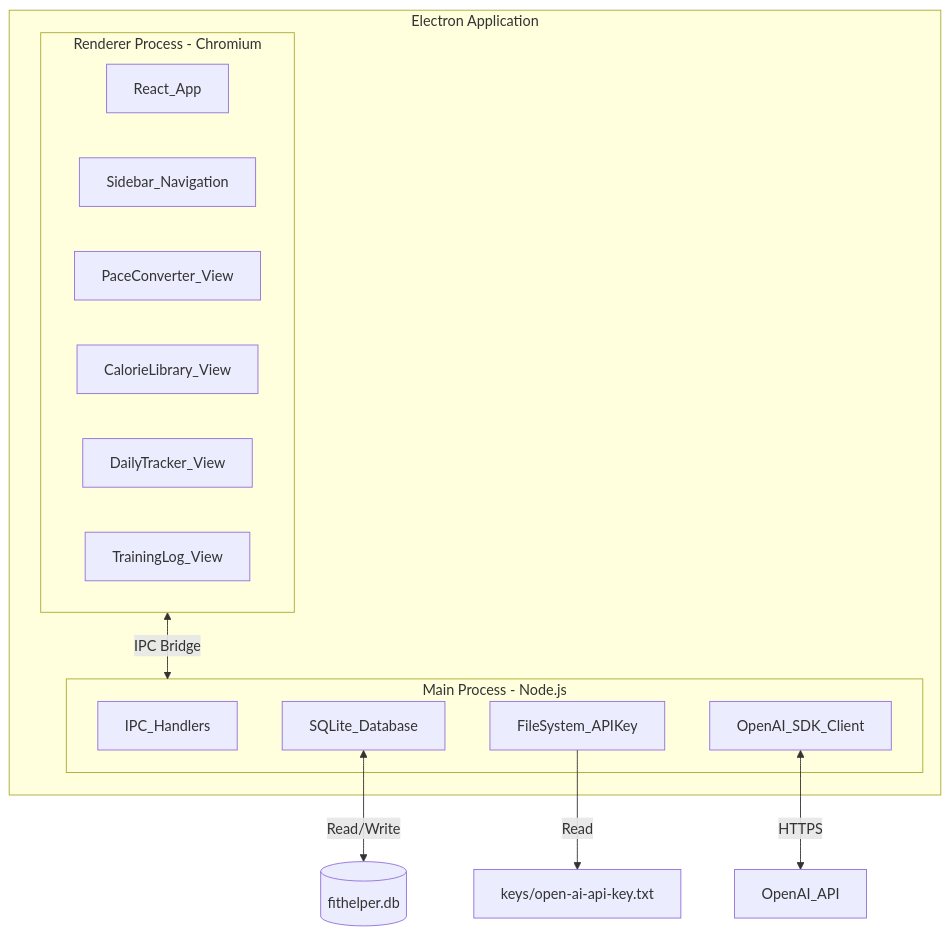
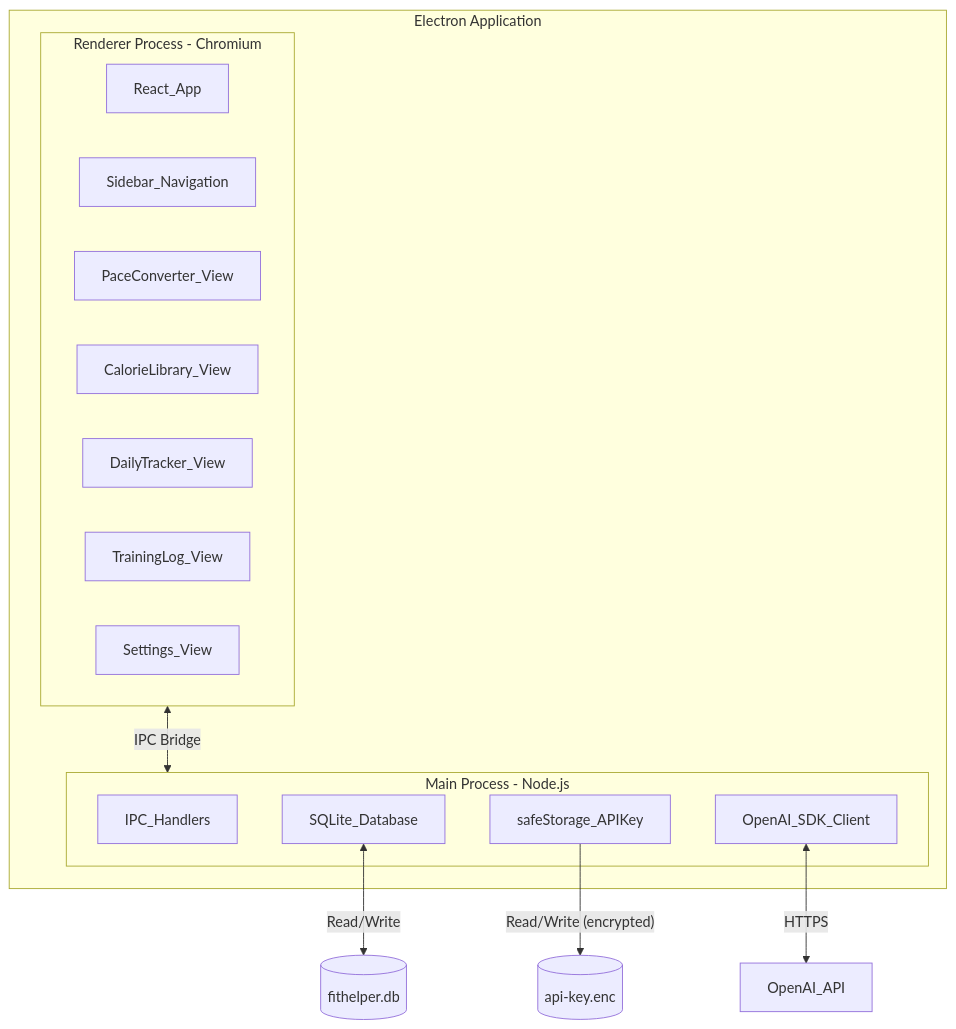
One commit to DanielZheng916/fitHelper changed the second of 3 diagrams in doc/systemDesign.md. Above: the diagram before and after it, drawn with Mermaid. The commit also changed other lines of this file and 15 other files, not shown here.

First line of the commit message:
feat: add Settings UI for OpenAI API key management and prepare for GitHub

````diff
--- a/doc/systemDesign.md
+++ b/doc/systemDesign.md
@@ -180,23 +181,24 @@
 ```mermaid
 flowchart TB
     subgraph ElectronApp [Electron Application]
         subgraph MainProcess [Main Process - Node.js]
             IPC[IPC_Handlers]
             DB[SQLite_Database]
-            FileIO[FileSystem_APIKey]
+            SafeStore[safeStorage_APIKey]
             OpenAIClient[OpenAI_SDK_Client]
         end
         subgraph RendererProcess [Renderer Process - Chromium]
             ReactApp[React_App]
             Sidebar[Sidebar_Navigation]
             T1View[PaceConverter_View]
             T2View[CalorieLibrary_View]
             T3View[DailyTracker_View]
             T4View[TrainingLog_View]
+            SettingsView[Settings_View]
         end
     end
     RendererProcess <-->|IPC Bridge| MainProcess
     OpenAIClient <-->|HTTPS| OpenAIAPI[OpenAI_API]
     DB <-->|Read/Write| SQLiteFile[(fithelper.db)]
-    FileIO -->|Read| KeyFile[keys/open-ai-api-key.txt]
+    SafeStore -->|"Read/Write (encrypted)"| KeyFile[(api-key.enc)]
 ```
````
